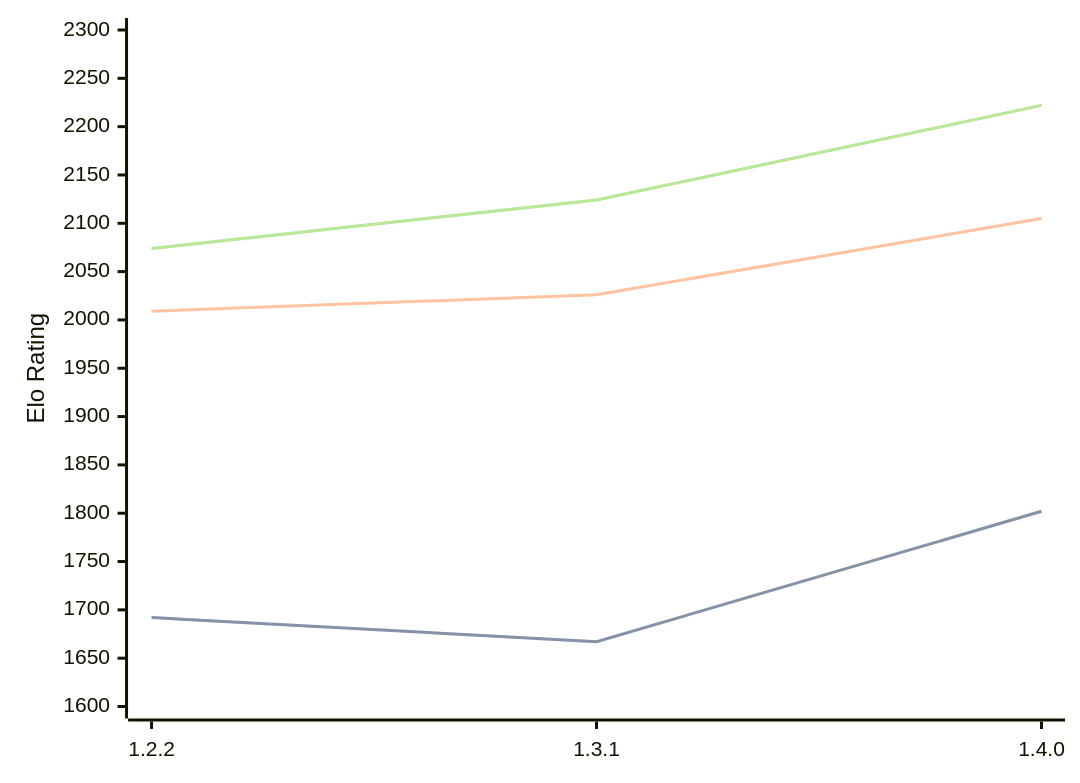
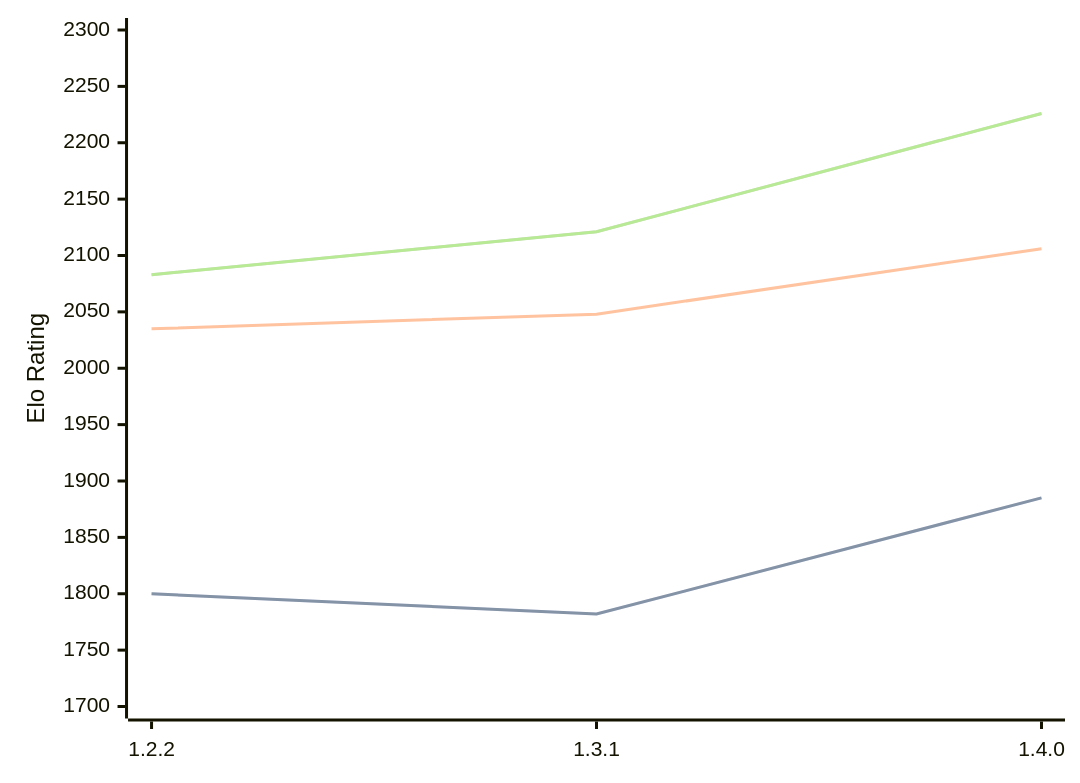
The diagram in engines/SoloEngine.md (computer-chess-index/cci), drawn with Mermaid before and after one commit. The commit also changed other lines of this file, not shown here.

Commit message:
Update CCI Ratings (ELO VLTC) - 2026-02-24

````diff
--- a/engines/SoloEngine.md
+++ b/engines/SoloEngine.md
@@ -30,11 +30,11 @@
 ```mermaid
 %%{init: {"theme":"base","themeVariables":{"seriesColors:['#a3a3a3','#222221','#faa371']}}}%%
 xychart-beta
   x-axis ["1.2.2", "1.3.1", "1.4.0"]
-  y-axis "Elo Rating" 1600 --> 2300
-  line "STC (8.0+0.08s)" [1692, 1667, 1802]
-  line "STC (8.0+0.08s)" [1692, 1667, 1802]
-  line "LTC (60.0+0.60s)" [2009, 2026, 2105]
-  line "VLTC (2m24s+1.12s)" [2074, 2124, 2222]
-  line "VLTC (2m24s+1.12s)" [2074, 2124, 2222]
+  y-axis "Elo Rating" 1700 --> 2300
+  line "STC (8.0+0.08s)" [1800, 1782, 1885]
+  line "STC (8.0+0.08s)" [1800, 1782, 1885]
+  line "LTC (60.0+0.60s)" [2035, 2048, 2106]
+  line "VLTC (2m24s+1.12s)" [2083, 2121, 2226]
+  line "VLTC (2m24s+1.12s)" [2083, 2121, 2226]
 ```
````
